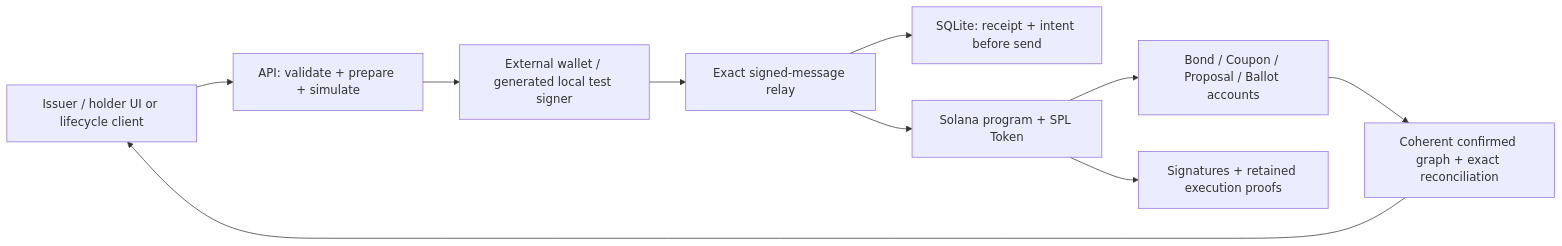
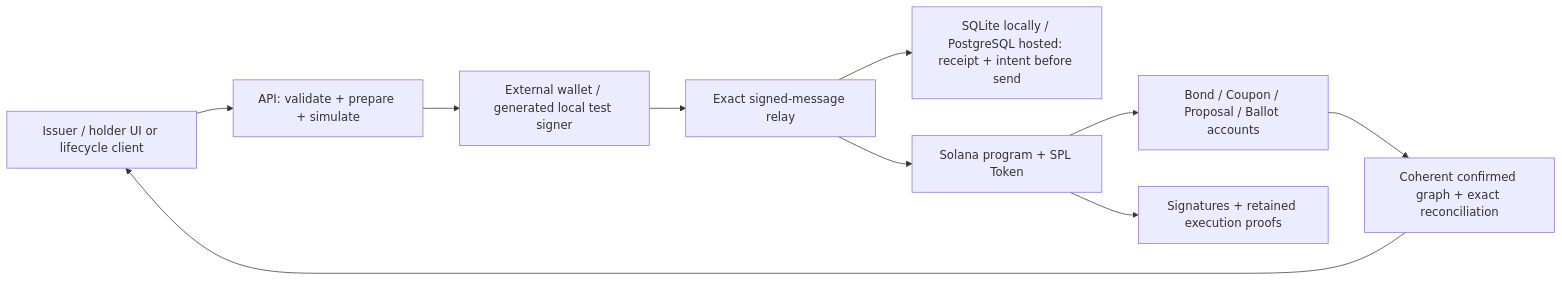
The diagram in TECHNICAL.md (dimik98330/solana-worldsfair-2026), drawn with Mermaid before and after one commit. The commit also changed other lines of this file and 49 other files, not shown here.

Commit message:
Prepare durable PostgreSQL hosting with verified Solana lifecycle

````diff
--- a/TECHNICAL.md
+++ b/TECHNICAL.md
@@ -35,12 +35,12 @@
 ```mermaid
 flowchart LR
   U[Issuer / holder UI or lifecycle client] --> P[API: validate + prepare + simulate]
   P --> W[External wallet / generated local test signer]
   W --> R[Exact signed-message relay]
-  R --> J[SQLite: receipt + intent before send]
+  R --> J[SQLite locally / PostgreSQL hosted: receipt + intent before send]
   R --> S[Solana program + SPL Token]
   S --> C[Bond / Coupon / Proposal / Ballot accounts]
   C --> V[Coherent confirmed graph + exact reconciliation]
   V --> U
   S --> E[Signatures + retained execution proofs]
 ```
````
